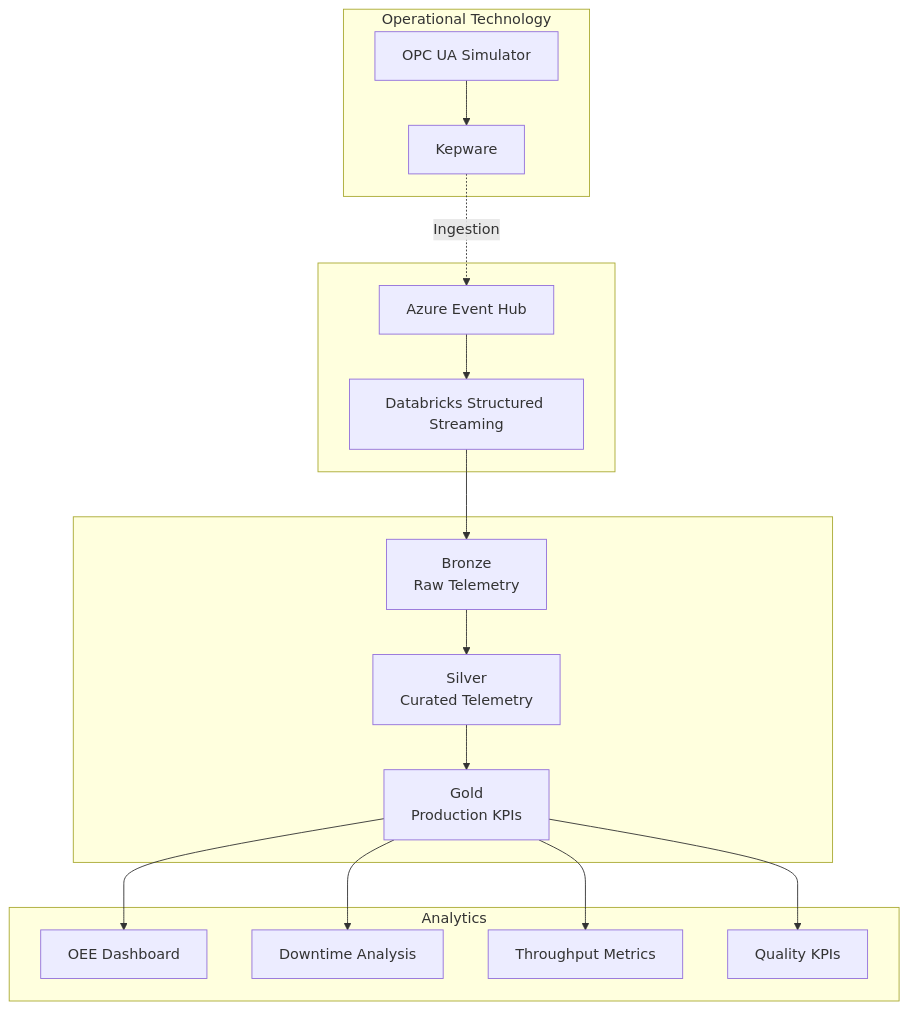
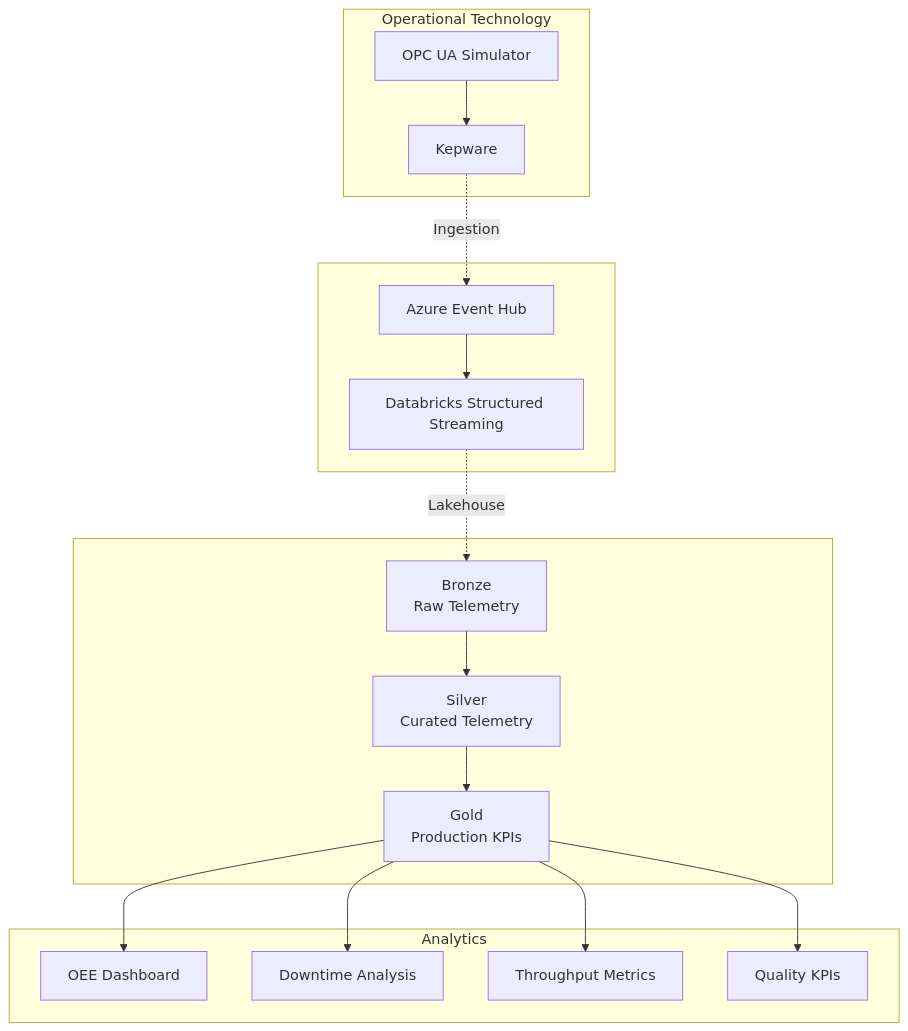
Before and after one commit to Solveright/OEE-Analytics: the diagram in README.md, drawn with Mermaid.

````diff
--- a/README.md
+++ b/README.md
@@ -16,38 +16,38 @@
 ```mermaid
 flowchart TB
 
     subgraph OT["Operational Technology"]
         OPC["OPC UA Simulator"]
         KEP["Kepware"]
     end
 
     subgraph Ingestion[" "]
         EH["Azure Event Hub"]
         STREAM["Databricks Structured Streaming"]
     end
 
     subgraph Lakehouse[" "]
         Bronze["Bronze<br/>Raw Telemetry"]
         Silver["Silver<br/>Curated Telemetry"]
         Gold["Gold<br/>Production KPIs"]
     end
 
     subgraph Analytics["Analytics"]
         OEE["OEE Dashboard"]
         Downtime["Downtime Analysis"]
         Throughput["Throughput Metrics"]
         Quality["Quality KPIs"]
     end
     OPC --> KEP
     KEP -. Ingestion .-> EH
     EH --> STREAM
 
-    STREAM --> Bronze
+    STREAM -. Lakehouse .-> Bronze
     Bronze --> Silver
     Silver --> Gold
 
     Gold --> OEE
     Gold --> Downtime
     Gold --> Throughput
     Gold --> Quality
 ```
````
